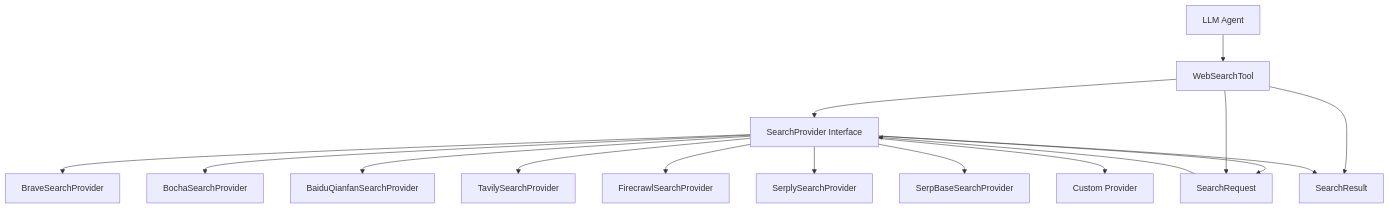
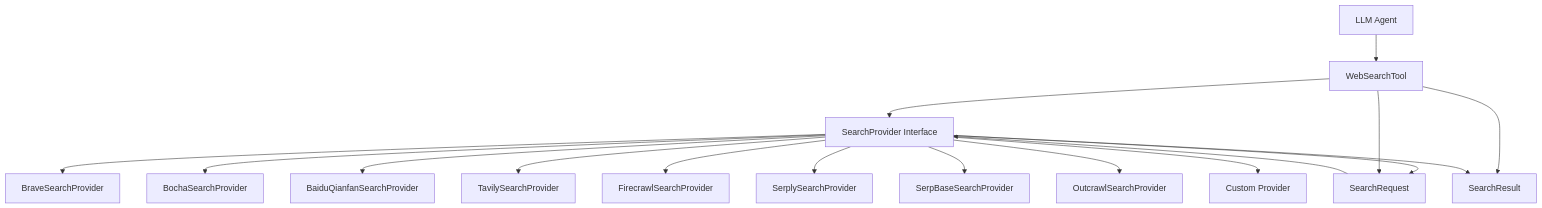
One commit to agents-flex/agents-flex changed the first of 2 diagrams in docs/zh/chat/websearch.md. Above: the diagram before and after it, drawn with Mermaid. The commit also changed other lines of this file and 2 other files, not shown here.

Commit message:
feat(websearch): add Outcrawl search provider

````diff
--- a/docs/zh/chat/websearch.md
+++ b/docs/zh/chat/websearch.md
@@ -66,20 +66,21 @@
 ```mermaid
 graph TB
     A[LLM Agent] --> B[WebSearchTool]
     B --> C[SearchProvider Interface]
     C --> D[BraveSearchProvider]
     C --> E[BochaSearchProvider]
     C --> F[BaiduQianfanSearchProvider]
     C --> G[TavilySearchProvider]
     C --> H[FirecrawlSearchProvider]
     C --> J[YouSearchProvider]
     C --> L[SerplySearchProvider]
     C --> M[SerpBaseSearchProvider]
+    C --> N[OutcrawlSearchProvider]
     C --> I[Custom Provider]
 
     B --> J[SearchRequest]
     B --> K[SearchResult]
 
     J --> C
     C --> K
 ```
````
